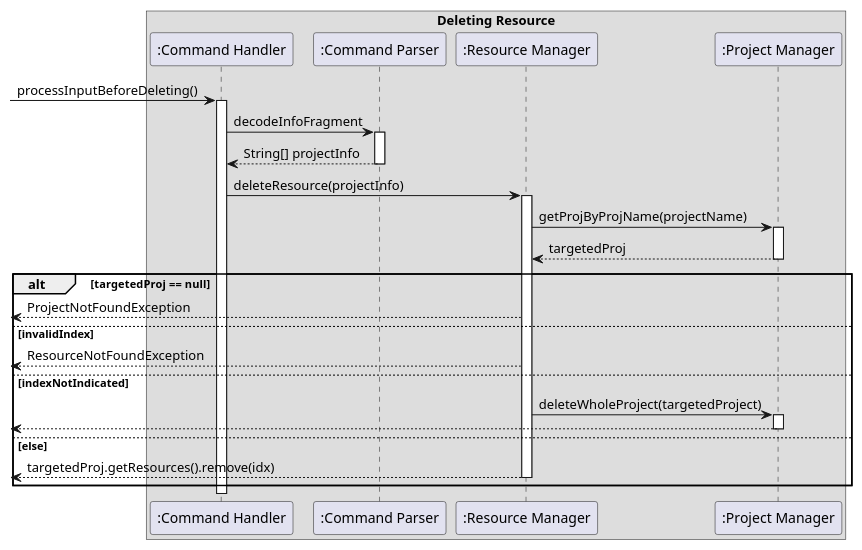
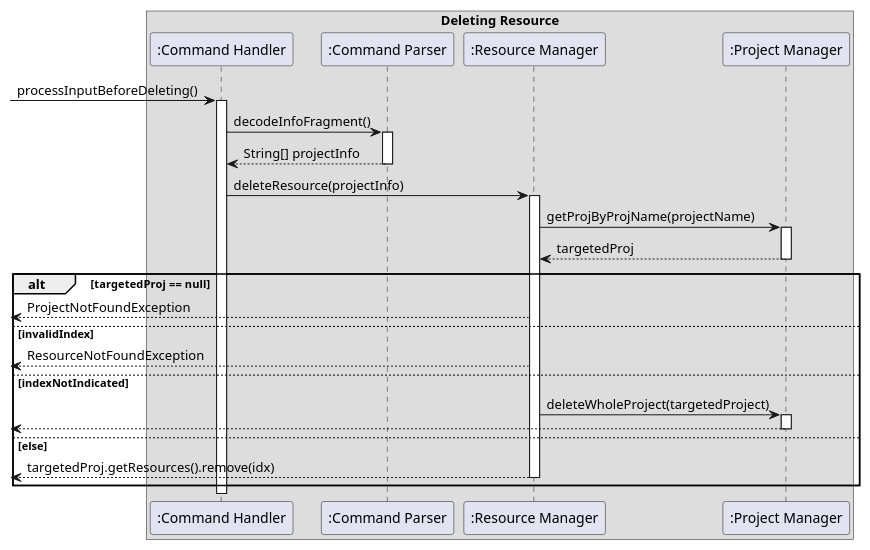
One commit to s-t-e-f/tp changed the diagram in docs/PlantUML/deleteResource.puml. Above: the diagram before and after it, drawn with PlantUML. The commit also changed 4 other files, not shown here.

Commit message:
Update sequence diagrams.

```diff
--- a/docs/PlantUML/deleteResource.puml
+++ b/docs/PlantUML/deleteResource.puml
@@ -1,43 +1,43 @@
 @startuml
 'https://plantuml.com/sequence-diagram
 
 box Deleting Resource
 participant ":Command Handler" as CommandHandler
 participant ":Command Parser" as CommandParser
 participant ":Resource Manager" as ResourceManager
 participant ":Project Manager" as ProjectManager
 
 
 [-> CommandHandler : processInputBeforeDeleting()
 activate CommandHandler
 
 
-CommandHandler -> CommandParser: decodeInfoFragment
+CommandHandler -> CommandParser: decodeInfoFragment()
 activate CommandParser
 CommandHandler <-- CommandParser : String[] projectInfo
 deactivate CommandParser
 
 CommandHandler -> ResourceManager : deleteResource(projectInfo)
 activate ResourceManager
 ResourceManager -> ProjectManager : getProjByProjName(projectName)
 activate ProjectManager
 ResourceManager <-- ProjectManager : targetedProj
 deactivate ProjectManager
 
 alt targetedProj ==  null
     [<-- ResourceManager : ProjectNotFoundException
 else invalidIndex
     [<-- ResourceManager : ResourceNotFoundException
 else indexNotIndicated
     ResourceManager -> ProjectManager: deleteWholeProject(targetedProject)
     activate ProjectManager
     [<-- ProjectManager :
     deactivate ProjectManager
 
 else else
     [<-- ResourceManager : targetedProj.getResources().remove(idx)
     deactivate
 end
 
 
 @enduml
```
